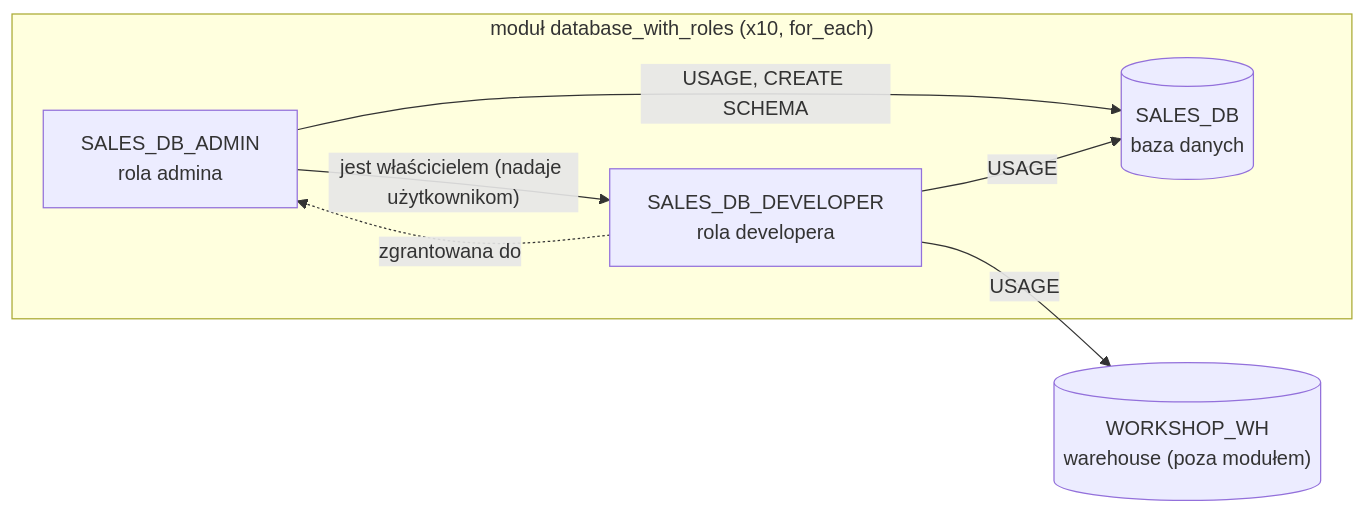
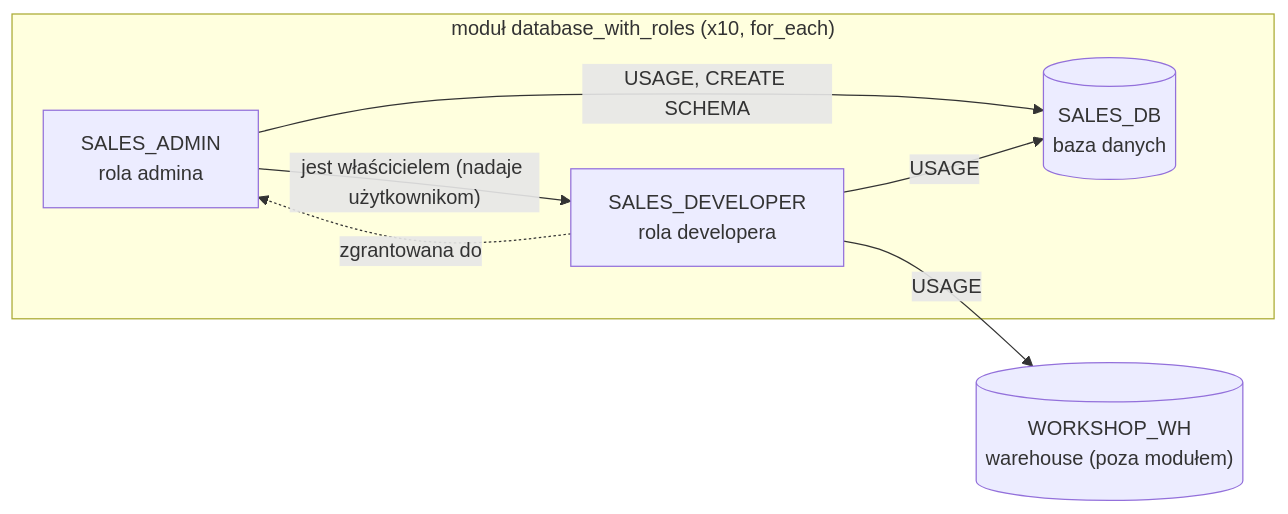
Before and after one commit to WojciechArendt/big-infra-tf-snf-workshop: the diagram in README.md, drawn with Mermaid. The commit also changed 13 other files, not shown here.

First line of the commit message:
refactor: use name prefix with per-object suffixes (_DB, _ADMIN, _DEVELOPER)

````diff
--- a/README.md
+++ b/README.md
@@ -19,14 +19,14 @@
 ```mermaid
 flowchart LR
   WH[("WORKSHOP_WH<br/>warehouse (poza modułem)")]
   subgraph M["moduł database_with_roles (x10, for_each)"]
     DB[("SALES_DB<br/>baza danych")]
-    ADM["SALES_DB_ADMIN<br/>rola admina"]
-    DEV["SALES_DB_DEVELOPER<br/>rola developera"]
+    ADM["SALES_ADMIN<br/>rola admina"]
+    DEV["SALES_DEVELOPER<br/>rola developera"]
   end
   ADM -- "USAGE, CREATE SCHEMA" --> DB
   DEV -- "USAGE" --> DB
   DEV -- "USAGE" --> WH
   DEV -. "zgrantowana do" .-> ADM
   ADM -- "jest właścicielem (nadaje użytkownikom)" --> DEV
 ```
````
